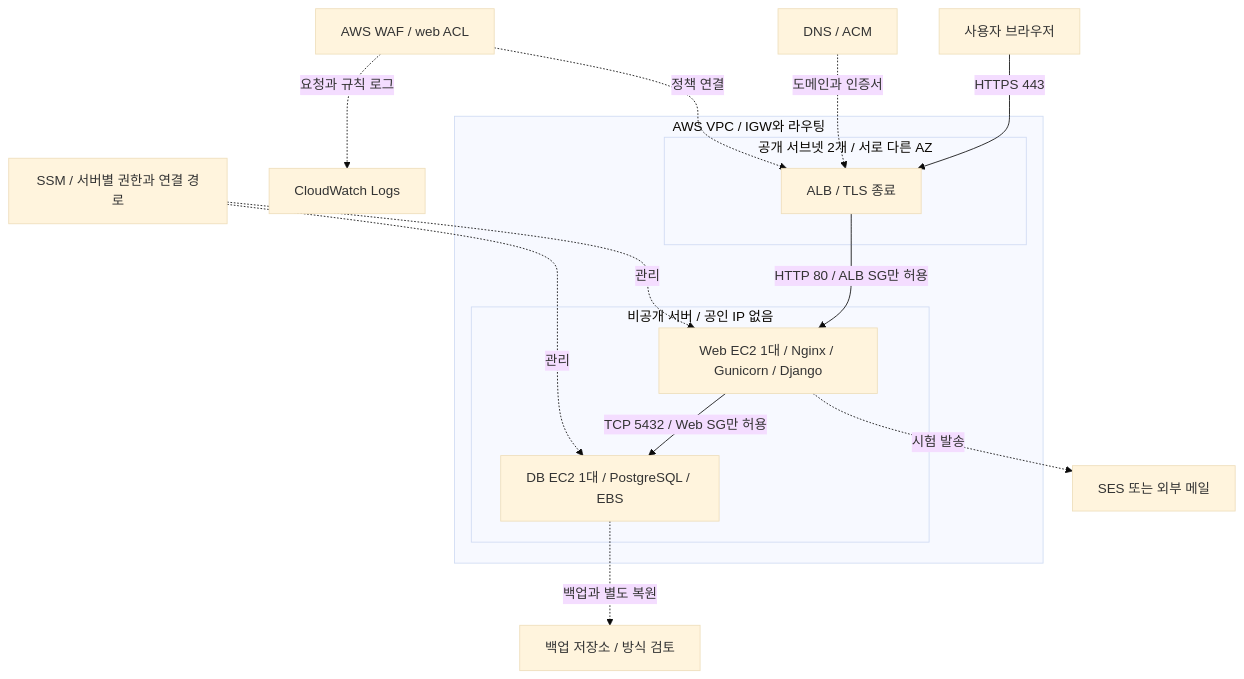
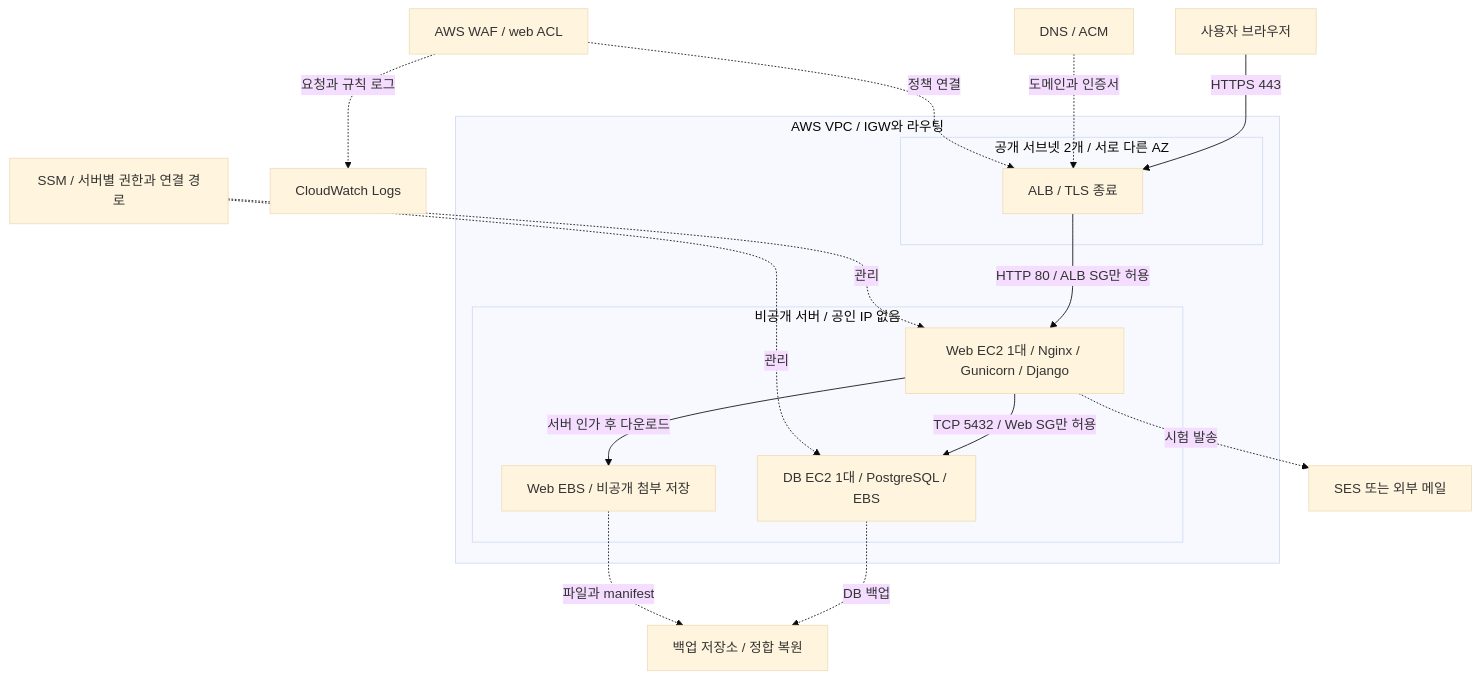
One commit to MinsooAhn02/Haven changed the diagram in README.md. Above: the diagram before and after it, drawn with Mermaid (base theme). The commit also changed other lines of this file and 7 other files, not shown here.

````diff
--- a/README.md
+++ b/README.md
@@ -45,22 +47,24 @@
 ```mermaid
 flowchart TB
     user[사용자 브라우저] -->|HTTPS 443| alb
     dns[DNS / ACM] -. 도메인과 인증서 .-> alb
     waf[AWS WAF / web ACL] -. 정책 연결 .-> alb
     waf -. 요청과 규칙 로그 .-> logs[CloudWatch Logs]
     subgraph vpc[AWS VPC / IGW와 라우팅]
         subgraph public[공개 서브넷 2개 / 서로 다른 AZ]
             alb[ALB / TLS 종료]
         end
         subgraph private[비공개 서버 / 공인 IP 없음]
             web[Web EC2 1대 / Nginx / Gunicorn / Django]
             db[DB EC2 1대 / PostgreSQL / EBS]
             alb -->|HTTP 80 / ALB SG만 허용| web
             web -->|TCP 5432 / Web SG만 허용| db
+            web -->|서버 인가 후 다운로드| files[Web EBS / 비공개 첨부 저장]
         end
     end
     ssm[SSM / 서버별 권한과 연결 경로] -. 관리 .-> web
     ssm -. 관리 .-> db
     web -. 시험 발송 .-> mail[SES 또는 외부 메일]
-    db -. 백업과 별도 복원 .-> backup[백업 저장소 / 방식 검토]
+    db -. DB 백업 .-> backup[백업 저장소 / 정합 복원]
+    files -. 파일과 manifest .-> backup
 ```
````
